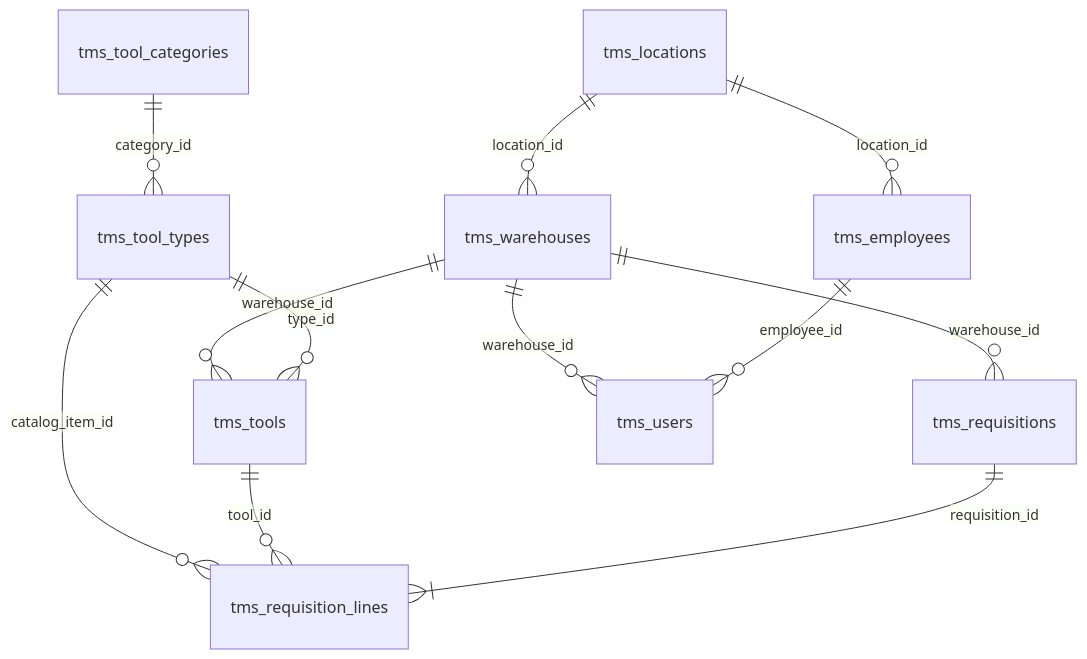
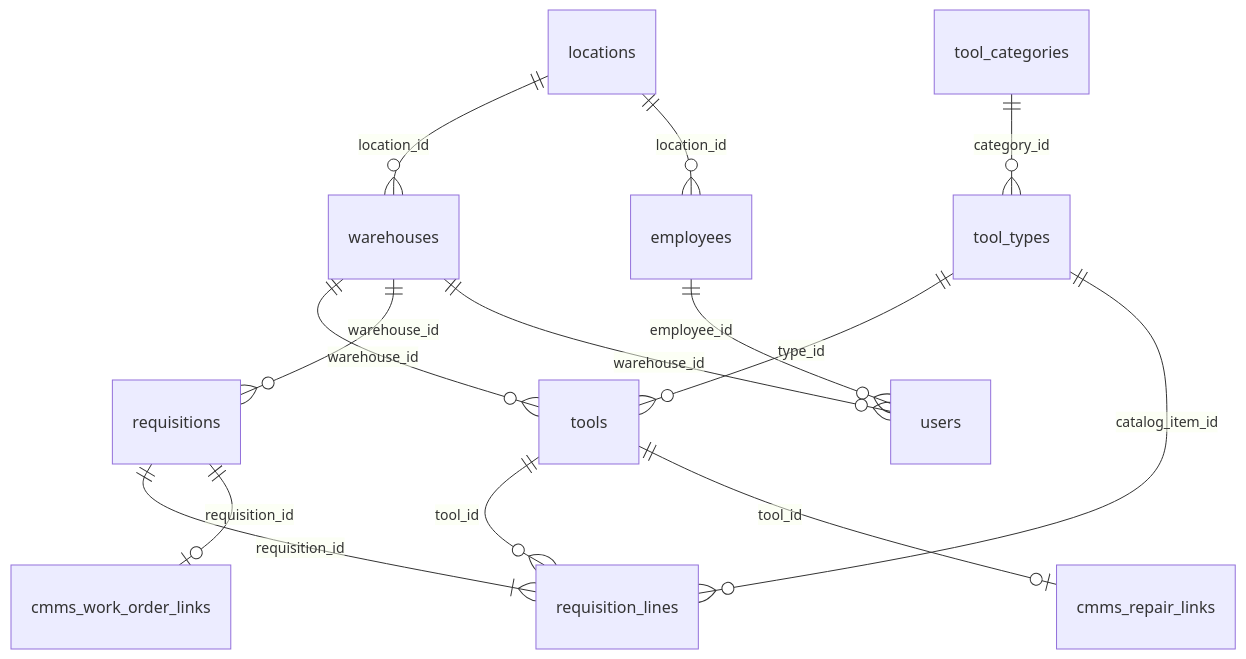
One commit to ID2718721/baaz-tool-tracker changed the diagram in docs/database.md. Above: the diagram before and after it, drawn with Mermaid. The commit also changed other lines of this file and 58 other files, not shown here.

First line of the commit message:
feat: TMS на Supabase CLI + интеграция CMMS и AGENTS.md

````diff
--- a/docs/database.md
+++ b/docs/database.md
@@ -7,14 +7,16 @@
 ```mermaid
 erDiagram
-    tms_locations ||--o{ tms_warehouses : "location_id"
-    tms_locations ||--o{ tms_employees : "location_id"
-    tms_tool_categories ||--o{ tms_tool_types : "category_id"
-    tms_tool_types ||--o{ tms_tools : "type_id"
-    tms_warehouses ||--o{ tms_tools : "warehouse_id"
-    tms_warehouses ||--o{ tms_requisitions : "warehouse_id"
-    tms_requisitions ||--|{ tms_requisition_lines : "requisition_id"
-    tms_tools ||--o{ tms_requisition_lines : "tool_id"
-    tms_tool_types ||--o{ tms_requisition_lines : "catalog_item_id"
-    tms_employees ||--o{ tms_users : "employee_id"
-    tms_warehouses ||--o{ tms_users : "warehouse_id"
+    locations ||--o{ warehouses : "location_id"
+    locations ||--o{ employees : "location_id"
+    tool_categories ||--o{ tool_types : "category_id"
+    tool_types ||--o{ tools : "type_id"
+    warehouses ||--o{ tools : "warehouse_id"
+    warehouses ||--o{ requisitions : "warehouse_id"
+    requisitions ||--|{ requisition_lines : "requisition_id"
+    requisitions ||--o| cmms_work_order_links : "requisition_id"
+    tools ||--o{ requisition_lines : "tool_id"
+    tools ||--o| cmms_repair_links : "tool_id"
+    tool_types ||--o{ requisition_lines : "catalog_item_id"
+    employees ||--o{ users : "employee_id"
+    warehouses ||--o{ users : "warehouse_id"
 ```
````
